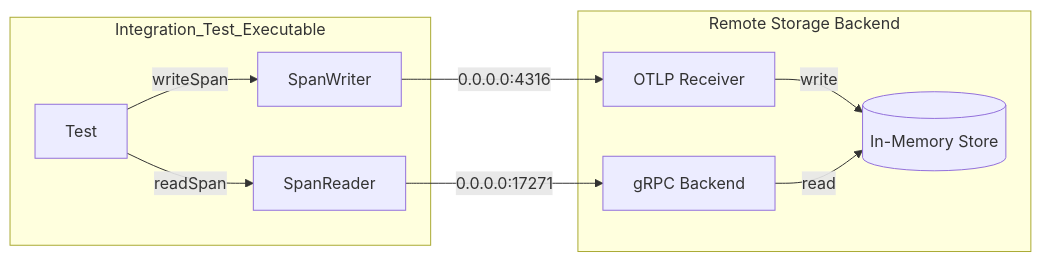
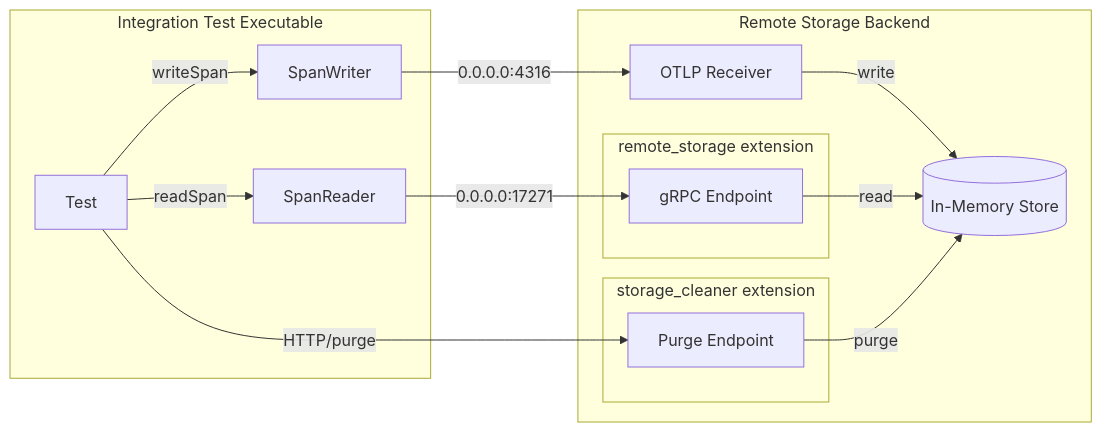
One commit to jaegertracing/jaeger changed the fourth of 4 diagrams in cmd/jaeger/internal/integration/README.md. Above: the diagram before and after it, drawn with Mermaid.

````diff
--- a/cmd/jaeger/internal/integration/README.md
+++ b/cmd/jaeger/internal/integration/README.md
@@ -117,22 +117,27 @@
 ``` mermaid
 flowchart LR
-        
-        Test -->|writeSpan| SpanWriter
-        SpanWriter -->|0.0.0.0:4316| OTLP_Receiver[OTLP Receiver]
-        OTLP_Receiver -->|write| StorageBackend[(In-Memory Store)]
-        Test -->|readSpan| SpanReader
-        SpanReader --> |0.0.0.0:17271| RemoteStorageAPI[gRPC Backend]
-        RemoteStorageAPI --> |read|StorageBackend        
 
-        subgraph Integration_Test_Executable
-            Test
-            SpanWriter
-            SpanReader
-        end
-
-        subgraph Remote Storage Backend
-            OTLP_Receiver
-            RemoteStorageAPI
-            StorageBackend
-        end
+Test --> |writeSpan| SpanWriter
+Test --> |HTTP/purge| PurgeEndpoint
+SpanWriter --> |0.0.0.0:4316| OTLP_Receiver
+OTLP_Receiver --> |write| Storage
+Test --> |readSpan| SpanReader
+SpanReader --> |0.0.0.0:17271| RemoteStorageAPI
+RemoteStorageAPI --> |read| Storage
+PurgeEndpoint --> |purge| Storage
+subgraph Integration Test Executable
+    Test
+    SpanWriter
+    SpanReader
+end
+subgraph Remote Storage Backend
+    OTLP_Receiver[OTLP Receiver]
+    Storage[(In-Memory Store)]
+    subgraph remote_storage extension
+        RemoteStorageAPI[gRPC Endpoint]
+    end
+    subgraph storage_cleaner extension
+        PurgeEndpoint[Purge Endpoint]
+    end
+end
 ```
````
